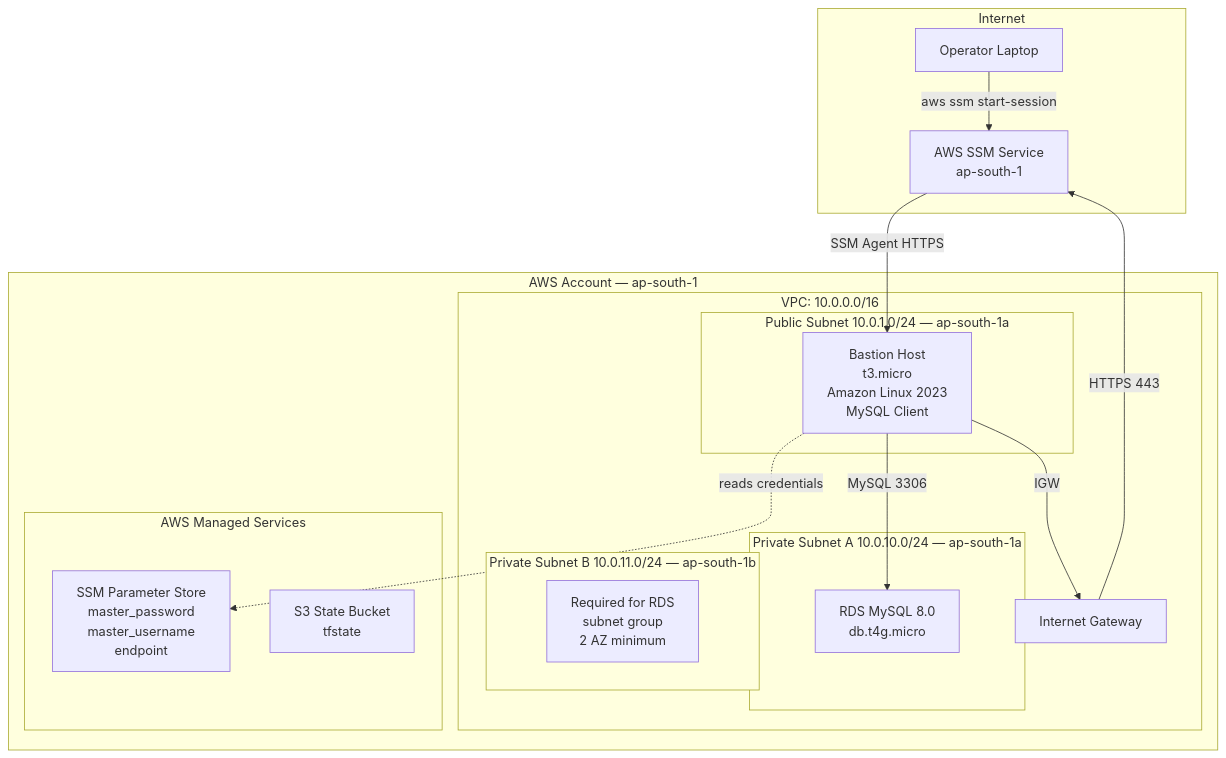
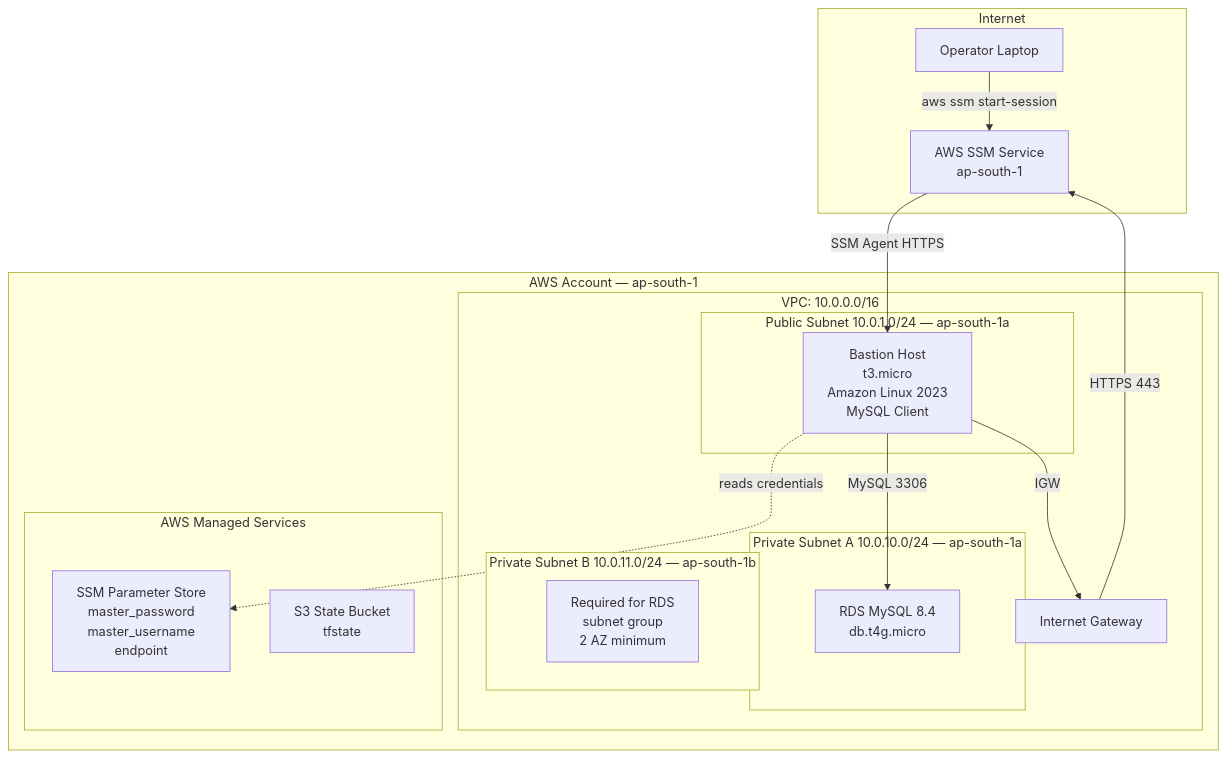
The first of 6 diagrams in NOTION_ADVANCED_DOC.md (dheerajnambr/terraform-aws-rds-mysql-platform), drawn with Mermaid before and after one commit. The commit also changed other lines of this file and 10 other files, not shown here.

First line of the commit message:
refactor: rename aurora-platform to rds-platform, upgrade engine to MySQL 8.4

````diff
--- a/NOTION_ADVANCED_DOC.md
+++ b/NOTION_ADVANCED_DOC.md
@@ -56,37 +56,37 @@
 ```mermaid
 graph TB
     subgraph Internet
         OP[Operator Laptop]
         AWS_SSM[AWS SSM Service<br/>ap-south-1]
     end
 
     subgraph AWS["AWS Account — ap-south-1"]
         subgraph VPC["VPC: 10.0.0.0/16"]
             IGW[Internet Gateway]
 
             subgraph PUB["Public Subnet 10.0.1.0/24 — ap-south-1a"]
                 BASTION[Bastion Host<br/>t3.micro<br/>Amazon Linux 2023<br/>MySQL Client]
             end
 
             subgraph PRIVA["Private Subnet A 10.0.10.0/24 — ap-south-1a"]
-                RDS[RDS MySQL 8.0<br/>db.t4g.micro]
+                RDS[RDS MySQL 8.4<br/>db.t4g.micro]
             end
 
             subgraph PRIVB["Private Subnet B 10.0.11.0/24 — ap-south-1b"]
                 PRIVB_NOTE[Required for RDS<br/>subnet group<br/>2 AZ minimum]
             end
         end
 
         subgraph SERVICES["AWS Managed Services"]
             SSM_PARAM[SSM Parameter Store<br/>master_password<br/>master_username<br/>endpoint]
             S3_STATE[S3 State Bucket<br/>tfstate]
         end
     end
 
     OP -->|aws ssm start-session| AWS_SSM
     AWS_SSM -->|SSM Agent HTTPS| BASTION
     BASTION -->|IGW| IGW
     IGW -->|HTTPS 443| AWS_SSM
     BASTION -->|MySQL 3306| RDS
     BASTION -.->|reads credentials| SSM_PARAM
 ```
````
